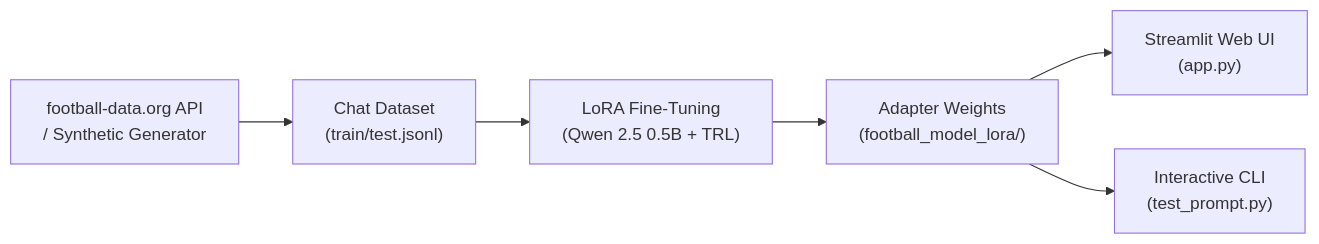
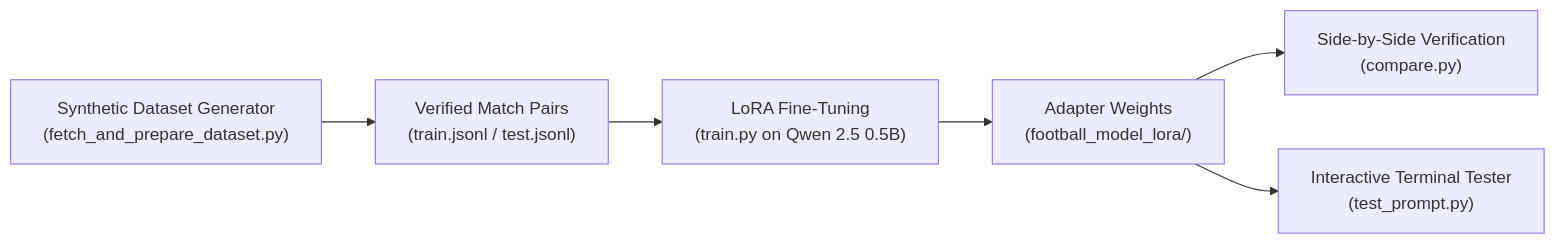
Before and after one commit to enoch1472/Match-Commentator: the diagram in README.md, drawn with Mermaid. The commit also changed other lines of this file and 7 other files, not shown here.

````diff
--- a/README.md
+++ b/README.md
@@ -10,8 +10,8 @@
 ```mermaid
 flowchart LR
-    API["football-data.org API\n/ Synthetic Generator"] --> D["Chat Dataset\n(train/test.jsonl)"]
-    D --> T["LoRA Fine-Tuning\n(Qwen 2.5 0.5B + TRL)"]
-    T --> A["Adapter Weights\n(football_model_lora/)"]
-    A --> UI["Streamlit Web UI\n(app.py)"]
-    A --> CLI["Interactive CLI\n(test_prompt.py)"]
+    A["Synthetic Dataset Generator\n(fetch_and_prepare_dataset.py)"] --> B["Verified Match Pairs\n(train.jsonl / test.jsonl)"]
+    B --> C["LoRA Fine-Tuning\n(train.py on Qwen 2.5 0.5B)"]
+    C --> D["Adapter Weights\n(football_model_lora/)"]
+    D --> E["Side-by-Side Verification\n(compare.py)"]
+    D --> F["Interactive Terminal Tester\n(test_prompt.py)"]
 ```
````
